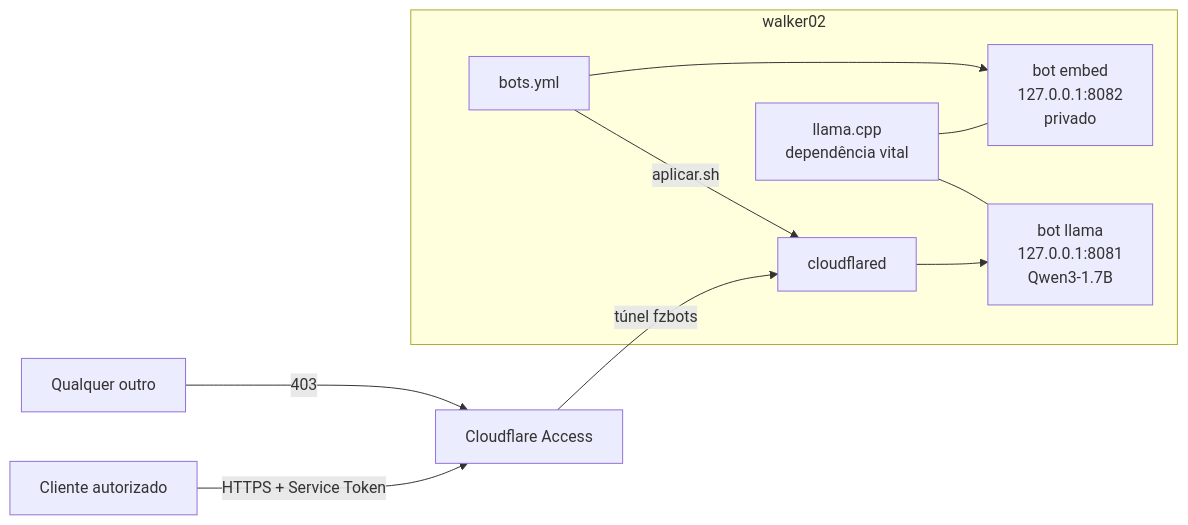
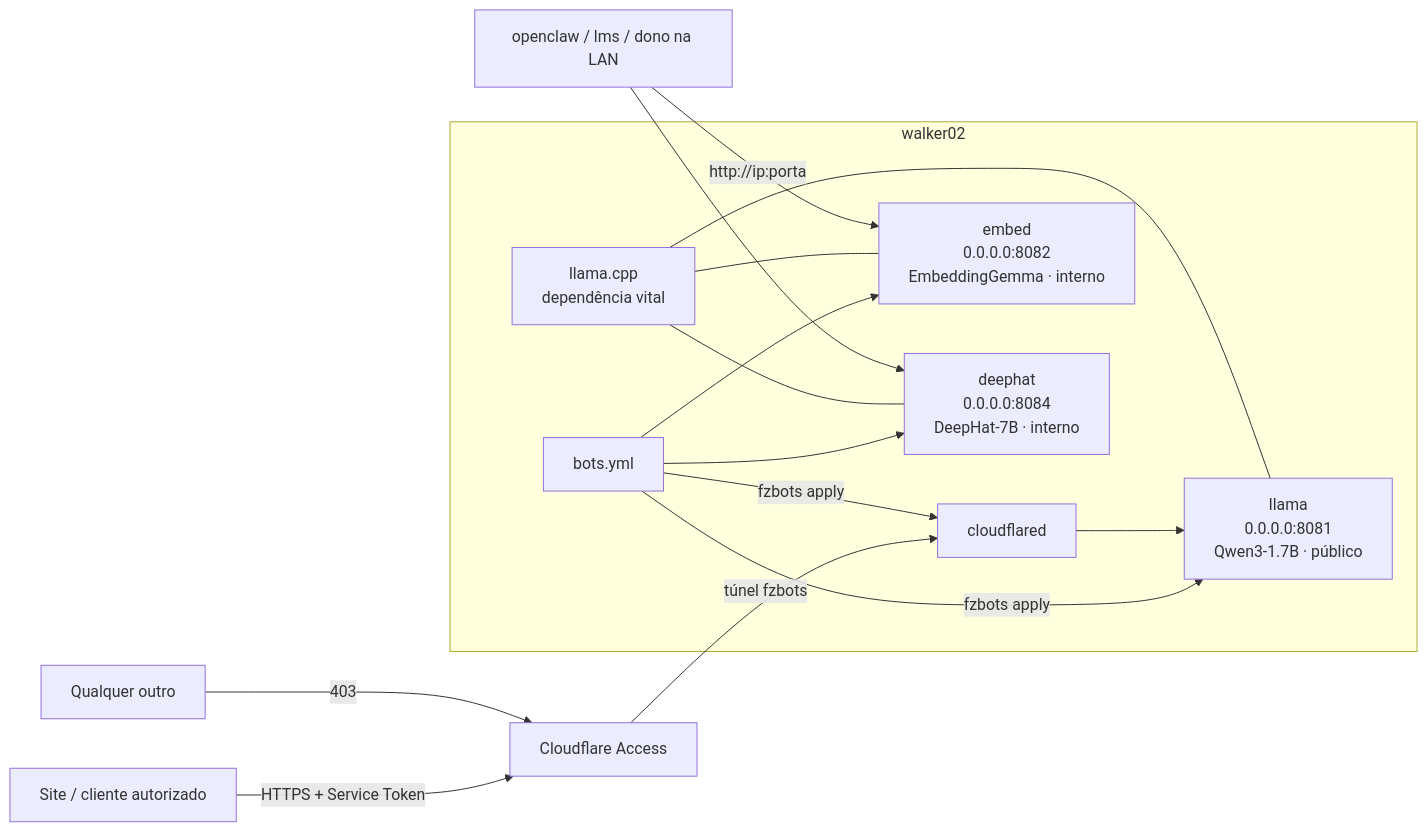
The diagram in README.md (RLuf/fzmultibotbackend), drawn with Mermaid before and after one commit. The commit also changed other lines of this file and 49 other files, not shown here.

First line of the commit message:
0.7.0: fzbots CLI + TUI + install.sh; bind 0.0.0.0; deephat como bot interno; build-llama.sh

````diff
--- a/README.md
+++ b/README.md
@@ -11,13 +11,18 @@
 ```mermaid
 graph LR
-    C[Cliente autorizado] -->|HTTPS + Service Token| CF[Cloudflare Access]
+    C[Site / cliente autorizado] -->|HTTPS + Service Token| CF[Cloudflare Access]
     X[Qualquer outro] -->|403| CF
     CF -->|túnel fzbots| CD[cloudflared]
     subgraph walker02
-        Y[bots.yml] -->|aplicar.sh| CD
-        CD --> B1[bot llama<br/>127.0.0.1:8081<br/>Qwen3-1.7B]
-        Y --> B2[bot embed<br/>127.0.0.1:8082<br/>privado]
+        Y[bots.yml] -->|fzbots apply| CD
+        Y -->|fzbots apply| B1[llama<br/>0.0.0.0:8081<br/>Qwen3-1.7B · público]
+        Y --> B2[embed<br/>0.0.0.0:8082<br/>EmbeddingGemma · interno]
+        Y --> B3[deephat<br/>0.0.0.0:8084<br/>DeepHat-7B · interno]
+        CD --> B1
         L[llama.cpp<br/>dependência vital] --- B1
         L --- B2
+        L --- B3
     end
+    O[openclaw / lms / dono na LAN] -->|http://ip:porta| B2
+    O --> B3
 ```
````
